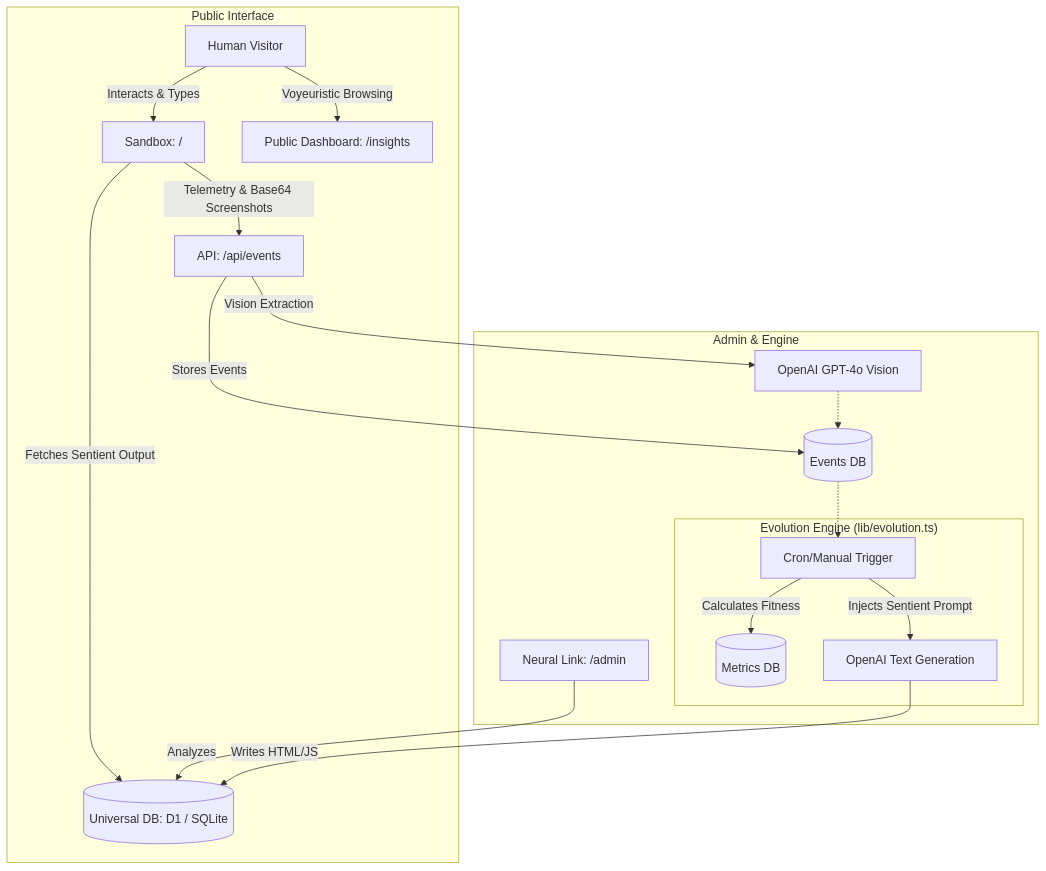
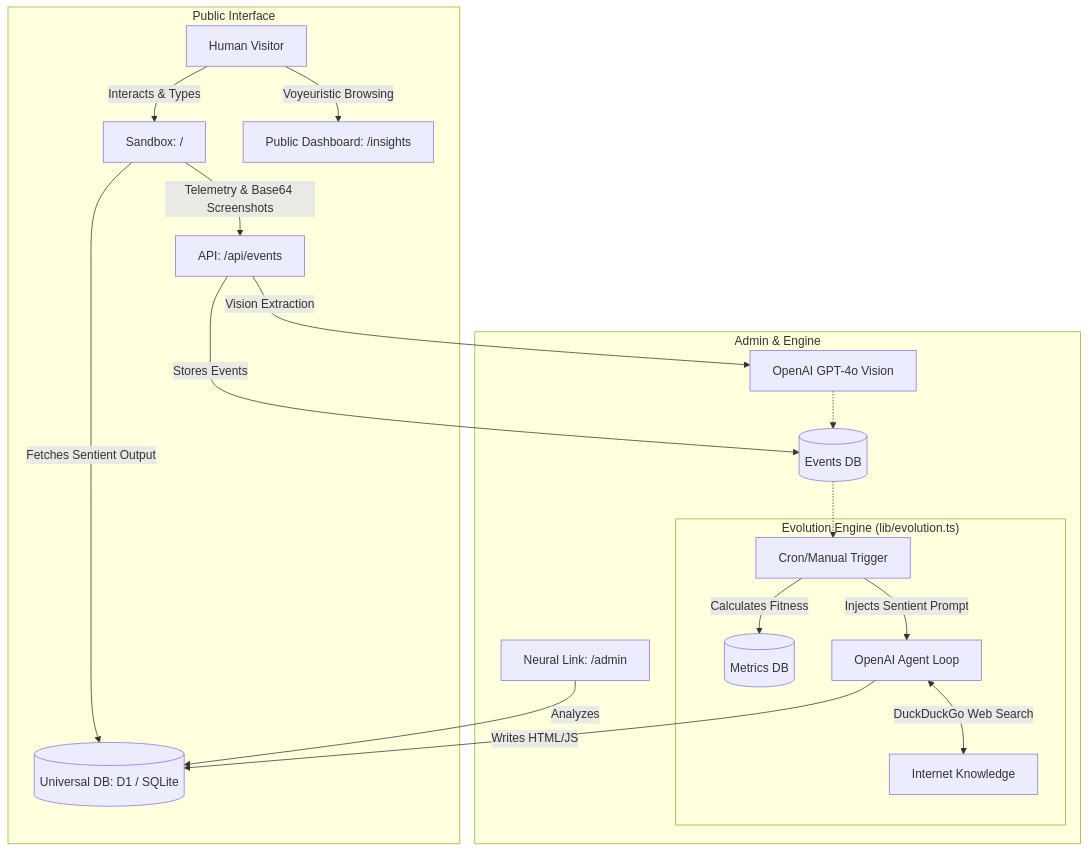
One commit to Dachkovski/darwin_page changed the diagram in docs/ARCHITECTURE.md. Above: the diagram before and after it, drawn with Mermaid. The commit also changed other lines of this file and 6 other files, not shown here.

Commit message:
docs: add web search agent info to architecture diagrams

````diff
--- a/docs/ARCHITECTURE.md
+++ b/docs/ARCHITECTURE.md
@@ -31,25 +32,26 @@
 ```mermaid
 graph TD
     subgraph "Public Interface"
         V[Human Visitor] --> |Interacts & Types| P[Sandbox: /]
         V --> |Voyeuristic Browsing| Insights[Public Dashboard: /insights]
         P --> |Telemetry & Base64 Screenshots| A_E[API: /api/events]
         P --> |Fetches Sentient Output| DB_V[(Universal DB: D1 / SQLite)]
     end
 
     subgraph "Admin & Engine"
         Admin[Neural Link: /admin] --> |Analyzes| DB_V
         
         A_E --> |Stores Events| DB_EV[(Events DB)]
         A_E --> |Vision Extraction| V_API[OpenAI GPT-4o Vision]
         
         subgraph "Evolution Engine (lib/evolution.ts)"
             Cron[Cron/Manual Trigger] --> |Calculates Fitness| DB_M[(Metrics DB)]
-            Cron --> |Injects Sentient Prompt| O_API[OpenAI Text Generation]
+            Cron --> |Injects Sentient Prompt| O_API[OpenAI Agent Loop]
+            O_API <--> |DuckDuckGo Web Search| W_API[Internet Knowledge]
             O_API --> |Writes HTML/JS| DB_V
         end
     end
 
     DB_EV -.-> Cron
     V_API -.-> DB_EV
 ```
````
